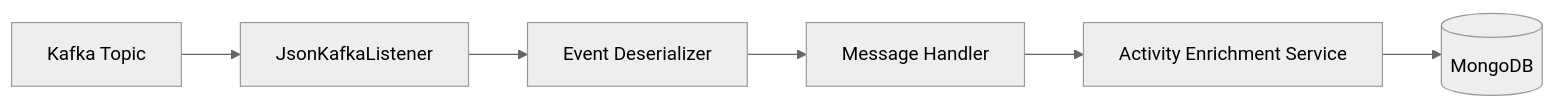
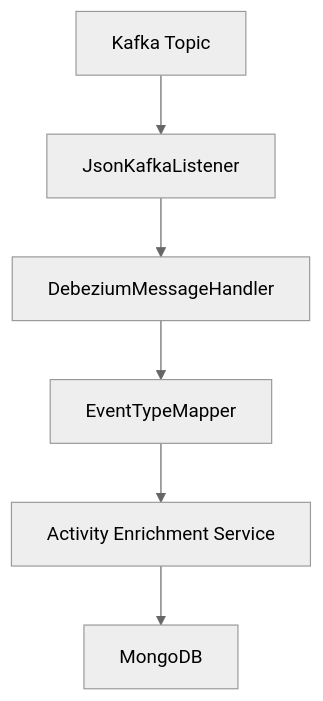
One commit to Praesto-Pro/openframe-oss-tenant changed the diagram in docs/architecture/diagrams/service-applications-3.mmd. Above: the diagram before and after it, drawn with Mermaid (neutral theme). The commit also changed 149 other files, not shown here.

```diff
--- a/docs/architecture/diagrams/service-applications-3.mmd
+++ b/docs/architecture/diagrams/service-applications-3.mmd
@@ -1,6 +1,6 @@
-flowchart LR
-    KafkaTopic["Kafka Topic"] --> Listener["JsonKafkaListener"]
-    Listener --> Deserializer["Event Deserializer"]
-    Deserializer --> Handler["Message Handler"]
-    Handler --> Enrichment["Activity Enrichment Service"]
-    Enrichment --> Mongo[("MongoDB")]
+flowchart TD
+    Kafka["Kafka Topic"] --> Listener["JsonKafkaListener"]
+    Listener --> Handler["DebeziumMessageHandler"]
+    Handler --> Mapper["EventTypeMapper"]
+    Mapper --> Enrichment["Activity Enrichment Service"]
+    Enrichment --> Mongo["MongoDB"]
```
